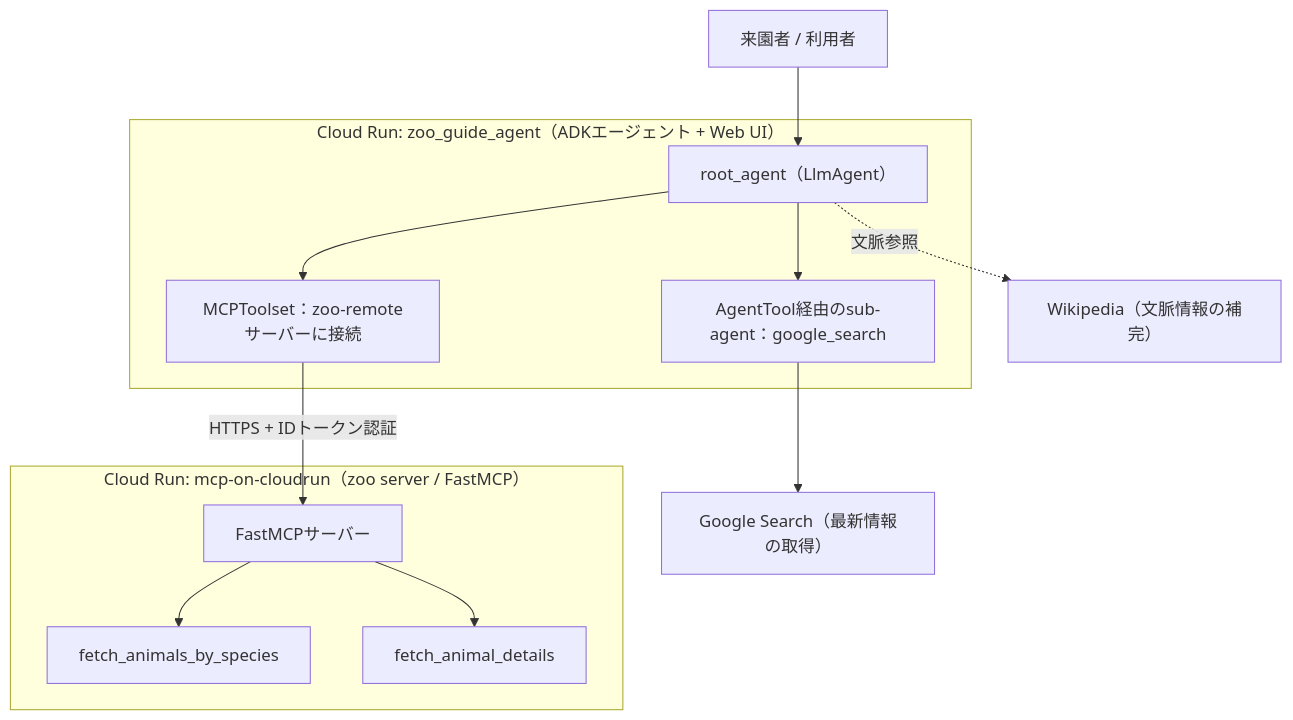
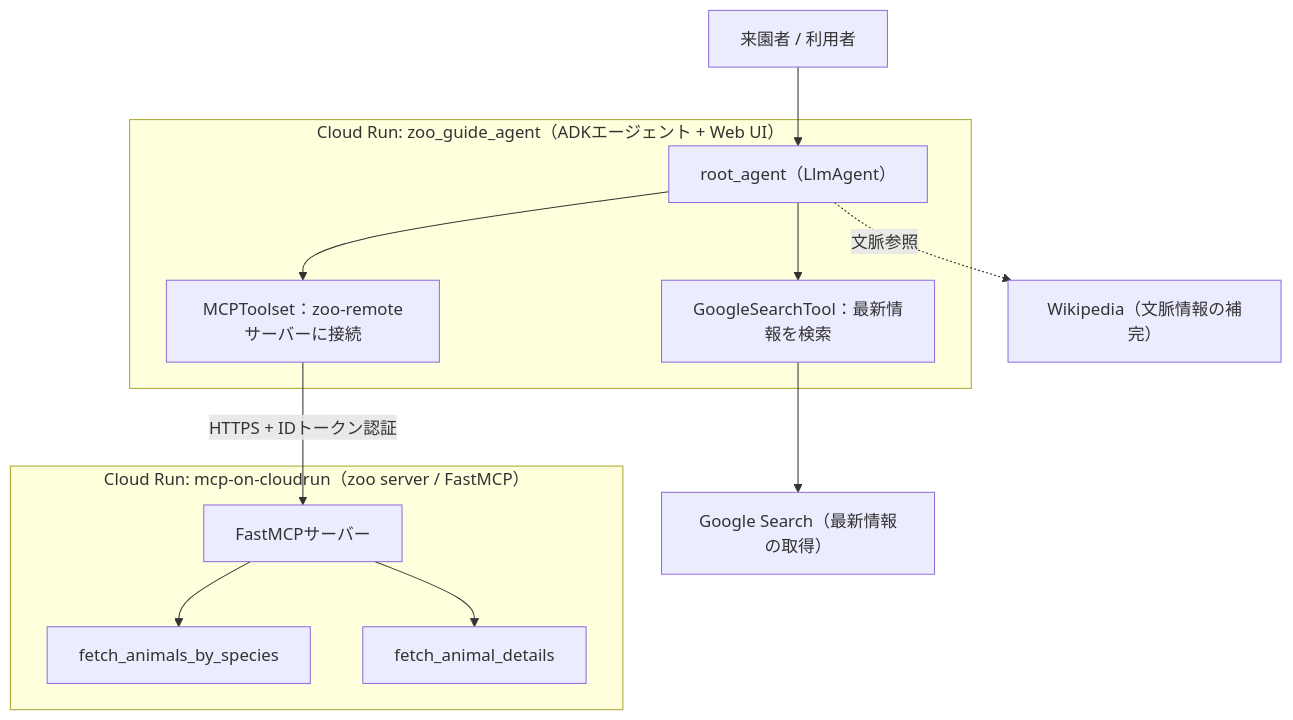
One commit to myoshi2891/Cloud-Infrastructure-Studies changed the first of 6 diagrams in Zoo-tour-guide-mcp-adk-challenge-lab-guide.md. Above: the diagram before and after it, drawn with Mermaid. The commit also changed other lines of this file, not shown here.

````diff
--- a/Zoo-tour-guide-mcp-adk-challenge-lab-guide.md
+++ b/Zoo-tour-guide-mcp-adk-challenge-lab-guide.md
@@ -42,28 +42,28 @@
 ```mermaid
 flowchart TB
     User["来園者 / 利用者"]
 
     subgraph AgentService["Cloud Run: zoo_guide_agent（ADKエージェント + Web UI）"]
         Root["root_agent（LlmAgent）"]
         MCPTool["MCPToolset：zoo-remoteサーバーに接続"]
-        SearchAgent["AgentTool経由のsub-agent：google_search"]
+        SearchAgent["GoogleSearchTool：最新情報を検索"]
         Root --> MCPTool
         Root --> SearchAgent
     end
 
     subgraph McpService["Cloud Run: mcp-on-cloudrun（zoo server / FastMCP）"]
         FastMCP["FastMCPサーバー"]
         ToolA["fetch_animals_by_species"]
         ToolB["fetch_animal_details"]
         FastMCP --> ToolA
         FastMCP --> ToolB
     end
 
     Wikipedia["Wikipedia（文脈情報の補完）"]
     GoogleSearch["Google Search（最新情報の取得）"]
 
     User --> Root
     MCPTool -->|"HTTPS + IDトークン認証"| FastMCP
     Root -.->|"文脈参照"| Wikipedia
     SearchAgent --> GoogleSearch
 ```
````
